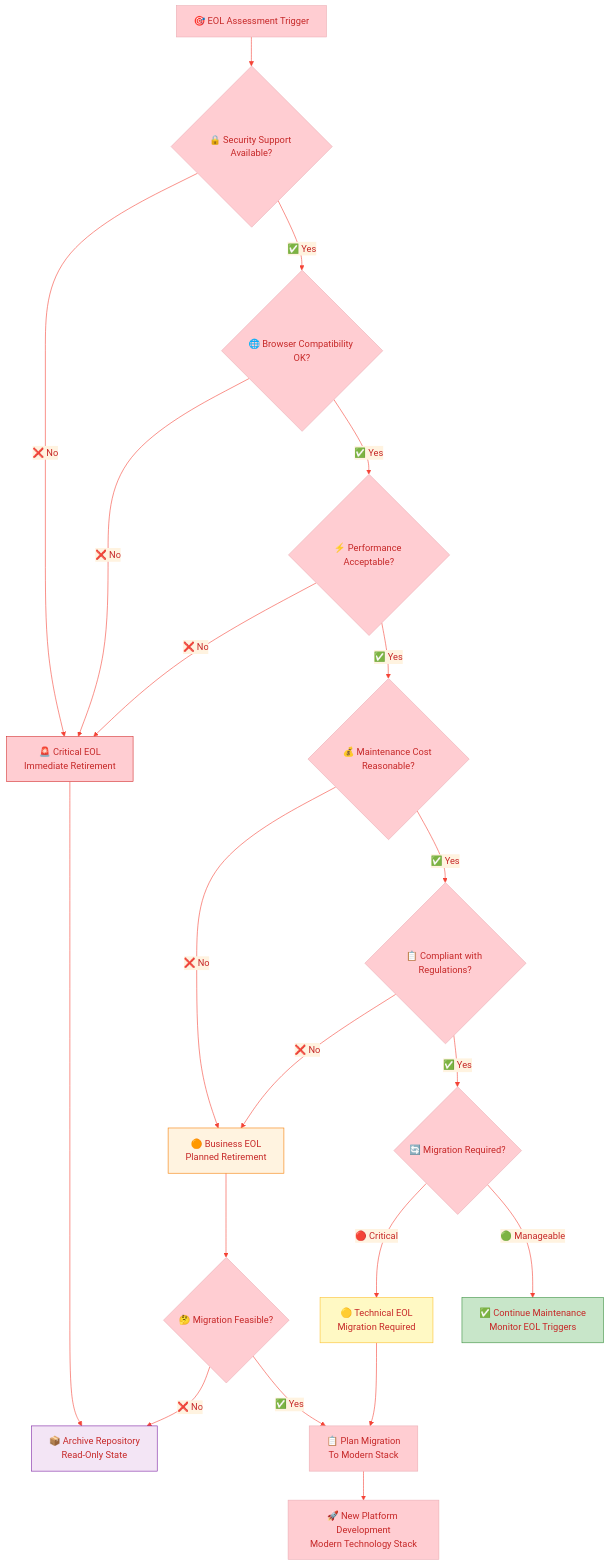
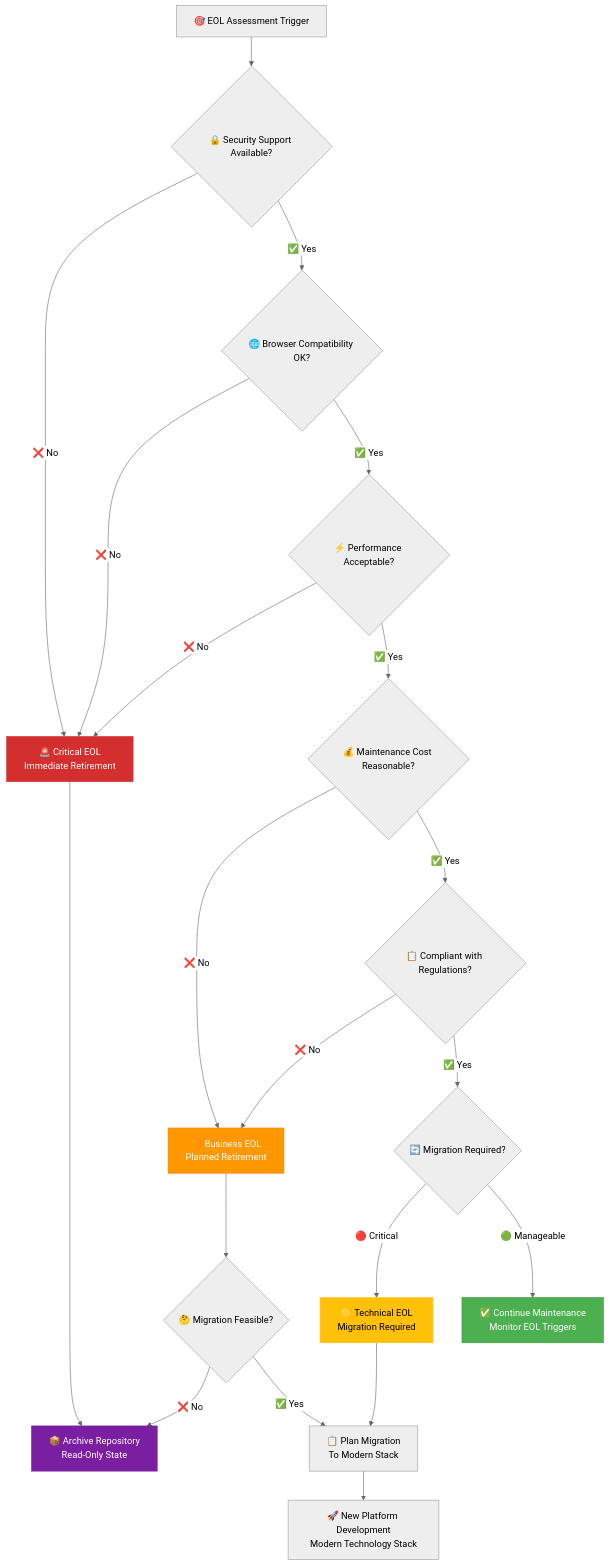
Before and after one commit to step-security-bot/cia-compliance-manager: the sixth of 9 diagrams in docs/End-of-Life-Strategy.md, drawn with Mermaid. The commit also changed other lines of this file and 27 other files, not shown here.

First line of the commit message:
fix: resolve broken mermaid diagrams and improve color coding to match ISMS style guide (#1106)

````diff
--- a/docs/End-of-Life-Strategy.md
+++ b/docs/End-of-Life-Strategy.md
@@ -550,49 +517,38 @@
 ```mermaid
-%%{
-  init: {
-    'theme': 'base',
-    'themeVariables': {
-      'primaryColor': '#ffcdd2',
-      'primaryTextColor': '#c62828',
-      'lineColor': '#f44336',
-      'secondaryColor': '#fff3e0',
-      'tertiaryColor': '#e8f5e9'
-    }
-  }
-}%%
+%%{init: {"theme": "neutral"}}%%
 flowchart TD
     START[🎯 EOL Assessment Trigger] --> SECURITY{🔒 Security Support Available?}
 
     SECURITY -->|❌ No| CRITICAL[🚨 Critical EOL<br/>Immediate Retirement]
     SECURITY -->|✅ Yes| BROWSER{🌐 Browser Compatibility OK?}
 
     BROWSER -->|❌ No| CRITICAL
     BROWSER -->|✅ Yes| PERFORMANCE{⚡ Performance Acceptable?}
 
     PERFORMANCE -->|❌ No| CRITICAL
     PERFORMANCE -->|✅ Yes| MAINTENANCE{💰 Maintenance Cost Reasonable?}
 
     MAINTENANCE -->|❌ No| BUSINESS[🟠 Business EOL<br/>Planned Retirement]
     MAINTENANCE -->|✅ Yes| COMPLIANCE{📋 Compliant with Regulations?}
 
     COMPLIANCE -->|❌ No| BUSINESS
     COMPLIANCE -->|✅ Yes| MIGRATION{🔄 Migration Required?}
 
     MIGRATION -->|🔴 Critical| TECHNICAL[🟡 Technical EOL<br/>Migration Required]
     MIGRATION -->|🟢 Manageable| CONTINUE[✅ Continue Maintenance<br/>Monitor EOL Triggers]
 
     CRITICAL --> ARCHIVE[📦 Archive Repository<br/>Read-Only State]
     BUSINESS --> MIGRATE_OR_ARCHIVE{🤔 Migration Feasible?}
     TECHNICAL --> PLAN_MIGRATION[📋 Plan Migration<br/>To Modern Stack]
 
     MIGRATE_OR_ARCHIVE -->|❌ No| ARCHIVE
     MIGRATE_OR_ARCHIVE -->|✅ Yes| PLAN_MIGRATION
 
     PLAN_MIGRATION --> NEW_PLATFORM[🚀 New Platform Development<br/>Modern Technology Stack]
 
-    style CRITICAL fill:#ffcdd2,stroke:#d32f2f
-    style BUSINESS fill:#fff3e0,stroke:#f57c00
-    style TECHNICAL fill:#fff9c4,stroke:#fbc02d
-    style CONTINUE fill:#c8e6c9,stroke:#388e3c
-    style ARCHIVE fill:#f3e5f5,stroke:#7b1fa2
+    style CRITICAL fill:#D32F2F,stroke:#d32f2f,color:#ffffff
+    style BUSINESS fill:#FF9800,stroke:#f57c00,color:#ffffff
+    style TECHNICAL fill:#FFC107,stroke:#fbc02d,color:#000000
+    style CONTINUE fill:#4CAF50,stroke:#388e3c,color:#ffffff
+    style ARCHIVE fill:#7B1FA2,stroke:#7b1fa2,color:#ffffff
 ```
````
